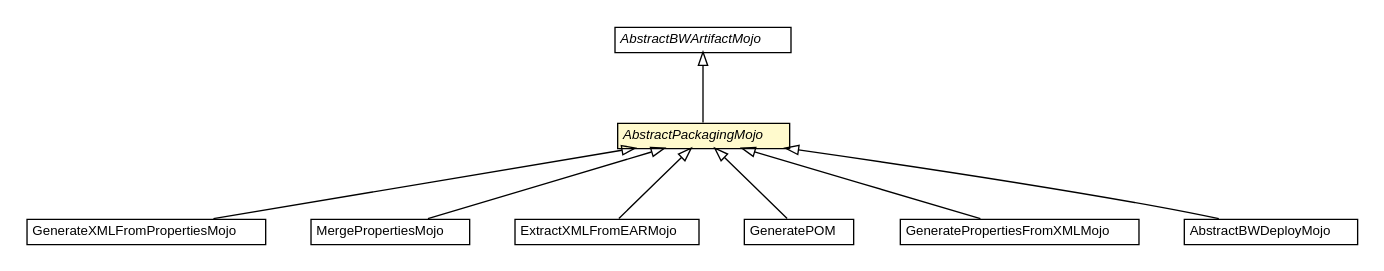
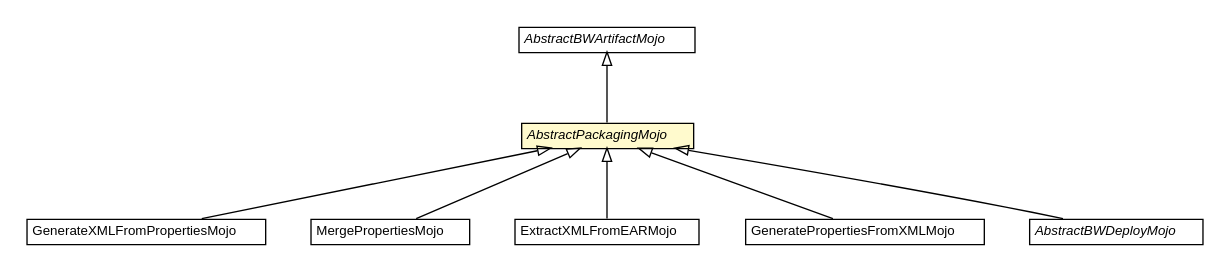
Before and after one commit to fastconnect/tibco-factory: the diagram in bw-maven-plugin/apidocs/fr/fastconnect/factory/tibco/bw/maven/packaging/AbstractPackagingMojo.dot, drawn with Graphviz. The commit also changed 343 other files, not shown here.

```diff
--- a/bw-maven-plugin/apidocs/fr/fastconnect/factory/tibco/bw/maven/packaging/AbstractPackagingMojo.dot
+++ b/bw-maven-plugin/apidocs/fr/fastconnect/factory/tibco/bw/maven/packaging/AbstractPackagingMojo.dot
@@ -1,74 +1,66 @@
 #!/usr/local/bin/dot
 #
 # Class diagram 
 # Generated by UMLGraph version R5_6-24-gf6e263 (http://www.umlgraph.org/)
 #
 
 digraph G {
 	edge [fontname="Helvetica",fontsize=10,labelfontname="Helvetica",labelfontsize=10];
 	node [fontname="Helvetica",fontsize=10,shape=plaintext];
 	nodesep=0.25;
 	ranksep=0.5;
 	// fr.fastconnect.factory.tibco.bw.maven.packaging.GenerateXMLFromPropertiesMojo
-	c925 [label=<<table title="fr.fastconnect.factory.tibco.bw.maven.packaging.GenerateXMLFromPropertiesMojo" border="0" cellborder="1" cellspacing="0" cellpadding="2" port="p" href="./GenerateXMLFromPropertiesMojo.html">
+	c1114 [label=<<table title="fr.fastconnect.factory.tibco.bw.maven.packaging.GenerateXMLFromPropertiesMojo" border="0" cellborder="1" cellspacing="0" cellpadding="2" port="p" href="./GenerateXMLFromPropertiesMojo.html">
 		<tr><td><table border="0" cellspacing="0" cellpadding="1">
 <tr><td align="center" balign="center"> GenerateXMLFromPropertiesMojo </td></tr>
 		</table></td></tr>
 		</table>>, URL="./GenerateXMLFromPropertiesMojo.html", fontname="Helvetica", fontcolor="black", fontsize=10.0];
 	// fr.fastconnect.factory.tibco.bw.maven.packaging.MergePropertiesMojo
-	c926 [label=<<table title="fr.fastconnect.factory.tibco.bw.maven.packaging.MergePropertiesMojo" border="0" cellborder="1" cellspacing="0" cellpadding="2" port="p" href="./MergePropertiesMojo.html">
+	c1115 [label=<<table title="fr.fastconnect.factory.tibco.bw.maven.packaging.MergePropertiesMojo" border="0" cellborder="1" cellspacing="0" cellpadding="2" port="p" href="./MergePropertiesMojo.html">
 		<tr><td><table border="0" cellspacing="0" cellpadding="1">
 <tr><td align="center" balign="center"> MergePropertiesMojo </td></tr>
 		</table></td></tr>
 		</table>>, URL="./MergePropertiesMojo.html", fontname="Helvetica", fontcolor="black", fontsize=10.0];
 	// fr.fastconnect.factory.tibco.bw.maven.packaging.ExtractXMLFromEARMojo
-	c927 [label=<<table title="fr.fastconnect.factory.tibco.bw.maven.packaging.ExtractXMLFromEARMojo" border="0" cellborder="1" cellspacing="0" cellpadding="2" port="p" href="./ExtractXMLFromEARMojo.html">
+	c1116 [label=<<table title="fr.fastconnect.factory.tibco.bw.maven.packaging.ExtractXMLFromEARMojo" border="0" cellborder="1" cellspacing="0" cellpadding="2" port="p" href="./ExtractXMLFromEARMojo.html">
 		<tr><td><table border="0" cellspacing="0" cellpadding="1">
 <tr><td align="center" balign="center"> ExtractXMLFromEARMojo </td></tr>
 		</table></td></tr>
 		</table>>, URL="./ExtractXMLFromEARMojo.html", fontname="Helvetica", fontcolor="black", fontsize=10.0];
-	// fr.fastconnect.factory.tibco.bw.maven.packaging.GeneratePOM
-	c928 [label=<<table title="fr.fastconnect.factory.tibco.bw.maven.packaging.GeneratePOM" border="0" cellborder="1" cellspacing="0" cellpadding="2" port="p" href="./GeneratePOM.html">
-		<tr><td><table border="0" cellspacing="0" cellpadding="1">
-<tr><td align="center" balign="center"> GeneratePOM </td></tr>
-		</table></td></tr>
-		</table>>, URL="./GeneratePOM.html", fontname="Helvetica", fontcolor="black", fontsize=10.0];
 	// fr.fastconnect.factory.tibco.bw.maven.packaging.GeneratePropertiesFromXMLMojo
-	c931 [label=<<table title="fr.fastconnect.factory.tibco.bw.maven.packaging.GeneratePropertiesFromXMLMojo" border="0" cellborder="1" cellspacing="0" cellpadding="2" port="p" href="./GeneratePropertiesFromXMLMojo.html">
+	c1119 [label=<<table title="fr.fastconnect.factory.tibco.bw.maven.packaging.GeneratePropertiesFromXMLMojo" border="0" cellborder="1" cellspacing="0" cellpadding="2" port="p" href="./GeneratePropertiesFromXMLMojo.html">
 		<tr><td><table border="0" cellspacing="0" cellpadding="1">
 <tr><td align="center" balign="center"> GeneratePropertiesFromXMLMojo </td></tr>
 		</table></td></tr>
 		</table>>, URL="./GeneratePropertiesFromXMLMojo.html", fontname="Helvetica", fontcolor="black", fontsize=10.0];
 	// fr.fastconnect.factory.tibco.bw.maven.packaging.AbstractPackagingMojo
-	c932 [label=<<table title="fr.fastconnect.factory.tibco.bw.maven.packaging.AbstractPackagingMojo" border="0" cellborder="1" cellspacing="0" cellpadding="2" port="p" bgcolor="lemonChiffon" href="./AbstractPackagingMojo.html">
+	c1120 [label=<<table title="fr.fastconnect.factory.tibco.bw.maven.packaging.AbstractPackagingMojo" border="0" cellborder="1" cellspacing="0" cellpadding="2" port="p" bgcolor="lemonChiffon" href="./AbstractPackagingMojo.html">
 		<tr><td><table border="0" cellspacing="0" cellpadding="1">
 <tr><td align="center" balign="center"><font face="Helvetica-Oblique"> AbstractPackagingMojo </font></td></tr>
 		</table></td></tr>
 		</table>>, URL="./AbstractPackagingMojo.html", fontname="Helvetica", fontcolor="black", fontsize=10.0];
 	// fr.fastconnect.factory.tibco.bw.maven.AbstractBWArtifactMojo
-	c935 [label=<<table title="fr.fastconnect.factory.tibco.bw.maven.AbstractBWArtifactMojo" border="0" cellborder="1" cellspacing="0" cellpadding="2" port="p" href="../AbstractBWArtifactMojo.html">
+	c1123 [label=<<table title="fr.fastconnect.factory.tibco.bw.maven.AbstractBWArtifactMojo" border="0" cellborder="1" cellspacing="0" cellpadding="2" port="p" href="../AbstractBWArtifactMojo.html">
 		<tr><td><table border="0" cellspacing="0" cellpadding="1">
 <tr><td align="center" balign="center"><font face="Helvetica-Oblique"> AbstractBWArtifactMojo </font></td></tr>
 		</table></td></tr>
 		</table>>, URL="../AbstractBWArtifactMojo.html", fontname="Helvetica", fontcolor="black", fontsize=10.0];
 	// fr.fastconnect.factory.tibco.bw.maven.deployment.AbstractBWDeployMojo
-	c948 [label=<<table title="fr.fastconnect.factory.tibco.bw.maven.deployment.AbstractBWDeployMojo" border="0" cellborder="1" cellspacing="0" cellpadding="2" port="p" href="../deployment/AbstractBWDeployMojo.html">
+	c1136 [label=<<table title="fr.fastconnect.factory.tibco.bw.maven.deployment.AbstractBWDeployMojo" border="0" cellborder="1" cellspacing="0" cellpadding="2" port="p" href="../deployment/AbstractBWDeployMojo.html">
 		<tr><td><table border="0" cellspacing="0" cellpadding="1">
-<tr><td align="center" balign="center"> AbstractBWDeployMojo </td></tr>
+<tr><td align="center" balign="center"><font face="Helvetica-Oblique"> AbstractBWDeployMojo </font></td></tr>
 		</table></td></tr>
 		</table>>, URL="../deployment/AbstractBWDeployMojo.html", fontname="Helvetica", fontcolor="black", fontsize=10.0];
 	//fr.fastconnect.factory.tibco.bw.maven.packaging.GenerateXMLFromPropertiesMojo extends fr.fastconnect.factory.tibco.bw.maven.packaging.AbstractPackagingMojo
-	c932:p -> c925:p [dir=back,arrowtail=empty];
+	c1120:p -> c1114:p [dir=back,arrowtail=empty];
 	//fr.fastconnect.factory.tibco.bw.maven.packaging.MergePropertiesMojo extends fr.fastconnect.factory.tibco.bw.maven.packaging.AbstractPackagingMojo
-	c932:p -> c926:p [dir=back,arrowtail=empty];
+	c1120:p -> c1115:p [dir=back,arrowtail=empty];
 	//fr.fastconnect.factory.tibco.bw.maven.packaging.ExtractXMLFromEARMojo extends fr.fastconnect.factory.tibco.bw.maven.packaging.AbstractPackagingMojo
-	c932:p -> c927:p [dir=back,arrowtail=empty];
-	//fr.fastconnect.factory.tibco.bw.maven.packaging.GeneratePOM extends fr.fastconnect.factory.tibco.bw.maven.packaging.AbstractPackagingMojo
-	c932:p -> c928:p [dir=back,arrowtail=empty];
+	c1120:p -> c1116:p [dir=back,arrowtail=empty];
 	//fr.fastconnect.factory.tibco.bw.maven.packaging.GeneratePropertiesFromXMLMojo extends fr.fastconnect.factory.tibco.bw.maven.packaging.AbstractPackagingMojo
-	c932:p -> c931:p [dir=back,arrowtail=empty];
+	c1120:p -> c1119:p [dir=back,arrowtail=empty];
 	//fr.fastconnect.factory.tibco.bw.maven.packaging.AbstractPackagingMojo extends fr.fastconnect.factory.tibco.bw.maven.AbstractBWArtifactMojo
-	c935:p -> c932:p [dir=back,arrowtail=empty];
+	c1123:p -> c1120:p [dir=back,arrowtail=empty];
 	//fr.fastconnect.factory.tibco.bw.maven.deployment.AbstractBWDeployMojo extends fr.fastconnect.factory.tibco.bw.maven.packaging.AbstractPackagingMojo
-	c932:p -> c948:p [dir=back,arrowtail=empty];
+	c1120:p -> c1136:p [dir=back,arrowtail=empty];
 }
```
